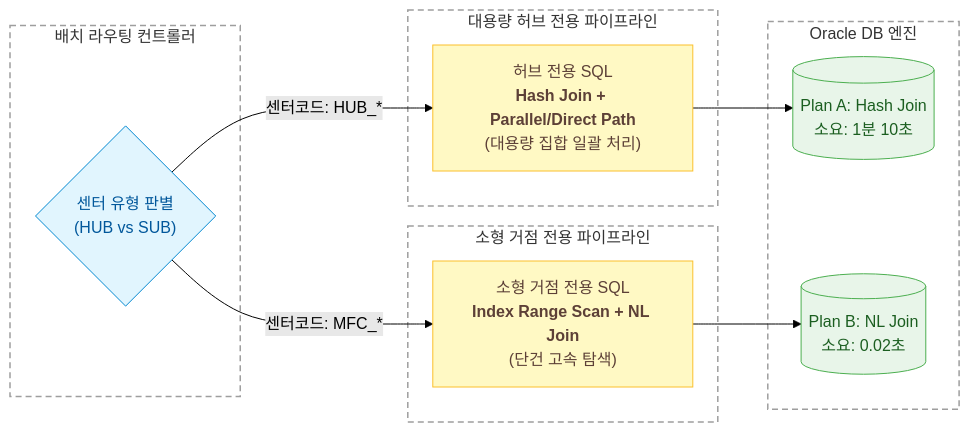
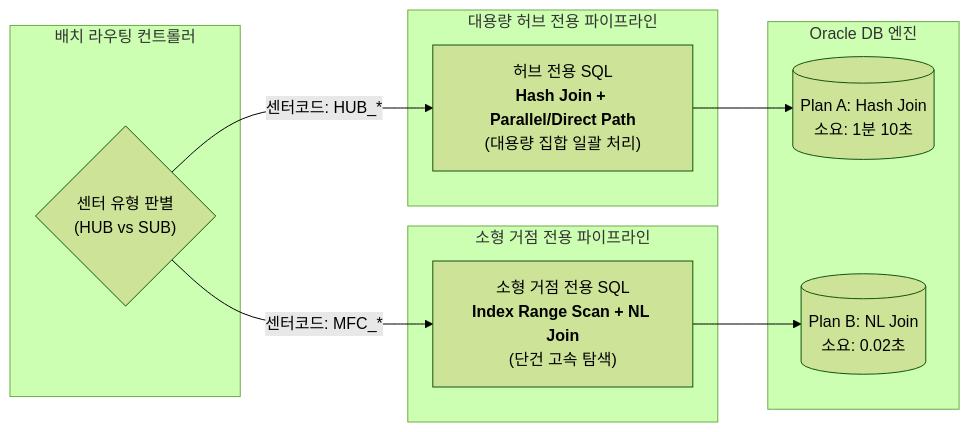
One commit to djpibo/djpibo.github.io changed the fourth of 5 diagrams in docs/dbms/oracle/batch-execution-plan-instability-spm-tuning.md. Above: the diagram before and after it, drawn with Mermaid (forest theme). The commit also changed other lines of this file and 8 other files, not shown here.

Commit message:
style(mermaid): unify all diagrams to monochrome and remove colored rect boxes

````diff
--- a/docs/dbms/oracle/batch-execution-plan-instability-spm-tuning.md
+++ b/docs/dbms/oracle/batch-execution-plan-instability-spm-tuning.md
@@ -443,32 +419,23 @@
 ```mermaid
 flowchart LR
-    classDef storage fill:#E8F5E9,stroke:#4CAF50,color:#1B5E20;
-    classDef processor fill:#FFF9C4,stroke:#FBC02D,color:#5D4037;
-    classDef client fill:#E1F5FE,stroke:#0288D1,color:#01579B;
-    classDef entity fill:#FFFFFF,stroke:#424242,color:#212121;
 
     subgraph BatchApp["배치 라우팅 컨트롤러"]
-        DISPATCH{"센터 유형 판별<br/>(HUB vs SUB)"}:::client
+        DISPATCH{"센터 유형 판별<br/>(HUB vs SUB)"}
     end
 
     subgraph HubPipeline["대용량 허브 전용 파이프라인"]
-        HUB_SQL["허브 전용 SQL<br/><b>Hash Join + Parallel/Direct Path</b><br/>(대용량 집합 일괄 처리)"]:::processor
+        HUB_SQL["허브 전용 SQL<br/><b>Hash Join + Parallel/Direct Path</b><br/>(대용량 집합 일괄 처리)"]
     end
 
     subgraph SubPipeline["소형 거점 전용 파이프라인"]
-        SUB_SQL["소형 거점 전용 SQL<br/><b>Index Range Scan + NL Join</b><br/>(단건 고속 탐색)"]:::processor
+        SUB_SQL["소형 거점 전용 SQL<br/><b>Index Range Scan + NL Join</b><br/>(단건 고속 탐색)"]
     end
 
     subgraph Database["Oracle DB 엔진"]
-        HUB_PLAN[("Plan A: Hash Join<br/>소요: 1분 10초")]:::storage
-        SUB_PLAN[("Plan B: NL Join<br/>소요: 0.02초")]:::storage
+        HUB_PLAN[("Plan A: Hash Join<br/>소요: 1분 10초")]
+        SUB_PLAN[("Plan B: NL Join<br/>소요: 0.02초")]
     end
 
     DISPATCH -->|"센터코드: HUB_*"| HUB_SQL --> HUB_PLAN
     DISPATCH -->|"센터코드: MFC_*"| SUB_SQL --> SUB_PLAN
-
-    style BatchApp fill:none,stroke:#9E9E9E,stroke-width:1.5px,stroke-dasharray:6 4;
-    style HubPipeline fill:none,stroke:#9E9E9E,stroke-width:1.5px,stroke-dasharray:6 4;
-    style SubPipeline fill:none,stroke:#9E9E9E,stroke-width:1.5px,stroke-dasharray:6 4;
-    style Database fill:none,stroke:#9E9E9E,stroke-width:1.5px,stroke-dasharray:6 4;
 ```
````
